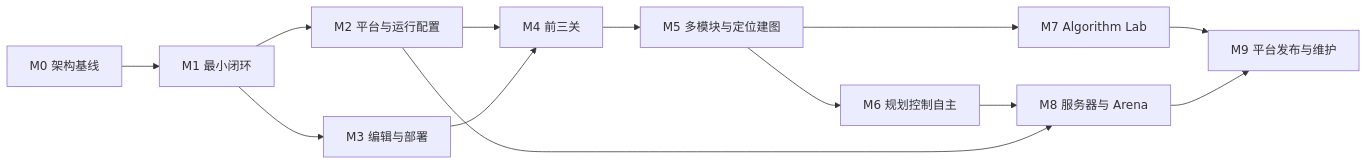
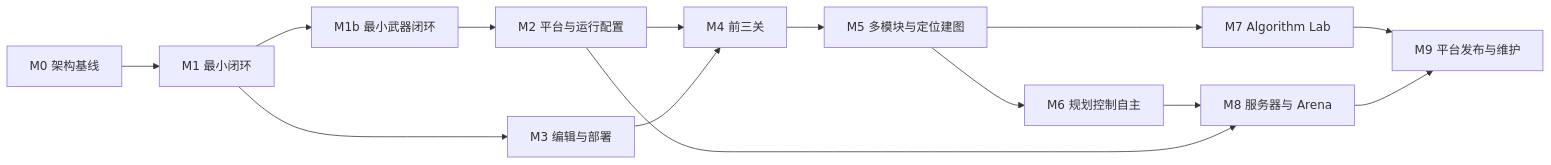
Before and after one commit to Yangyongyu0506/TankBot: the first of 2 diagrams in docs/10_DEVELOPMENT_ROADMAP.md, drawn with Mermaid. The commit also changed other lines of this file and 46 other files, not shown here.

Commit message:
1022 Completed roadmap m1b on weapon implementation. The framerate of bullets needs to be enhanced

````diff
--- a/docs/10_DEVELOPMENT_ROADMAP.md
+++ b/docs/10_DEVELOPMENT_ROADMAP.md
@@ -7,15 +7,16 @@
 ```mermaid
 flowchart LR
     M0[M0 架构基线] --> M1[M1 最小闭环]
-    M1 --> M2[M2 平台与运行配置]
+    M1 --> M1b[M1b 最小武器闭环]
+    M1b --> M2[M2 平台与运行配置]
     M1 --> M3[M3 编辑与部署]
     M2 --> M4[M4 前三关]
     M3 --> M4
     M4 --> M5[M5 多模块与定位建图]
     M5 --> M6[M6 规划控制自主]
     M5 --> M7[M7 Algorithm Lab]
     M6 --> M8[M8 服务器与 Arena]
     M2 --> M8
     M7 --> M9[M9 平台发布与维护]
     M8 --> M9
 ```
````
